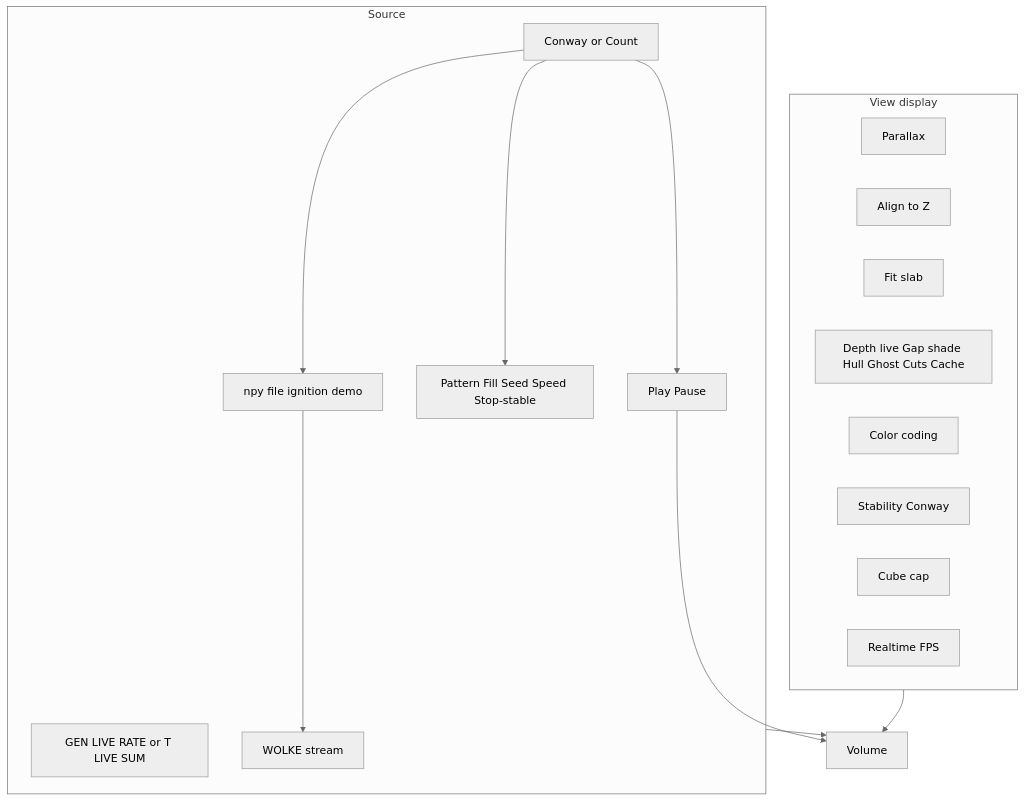
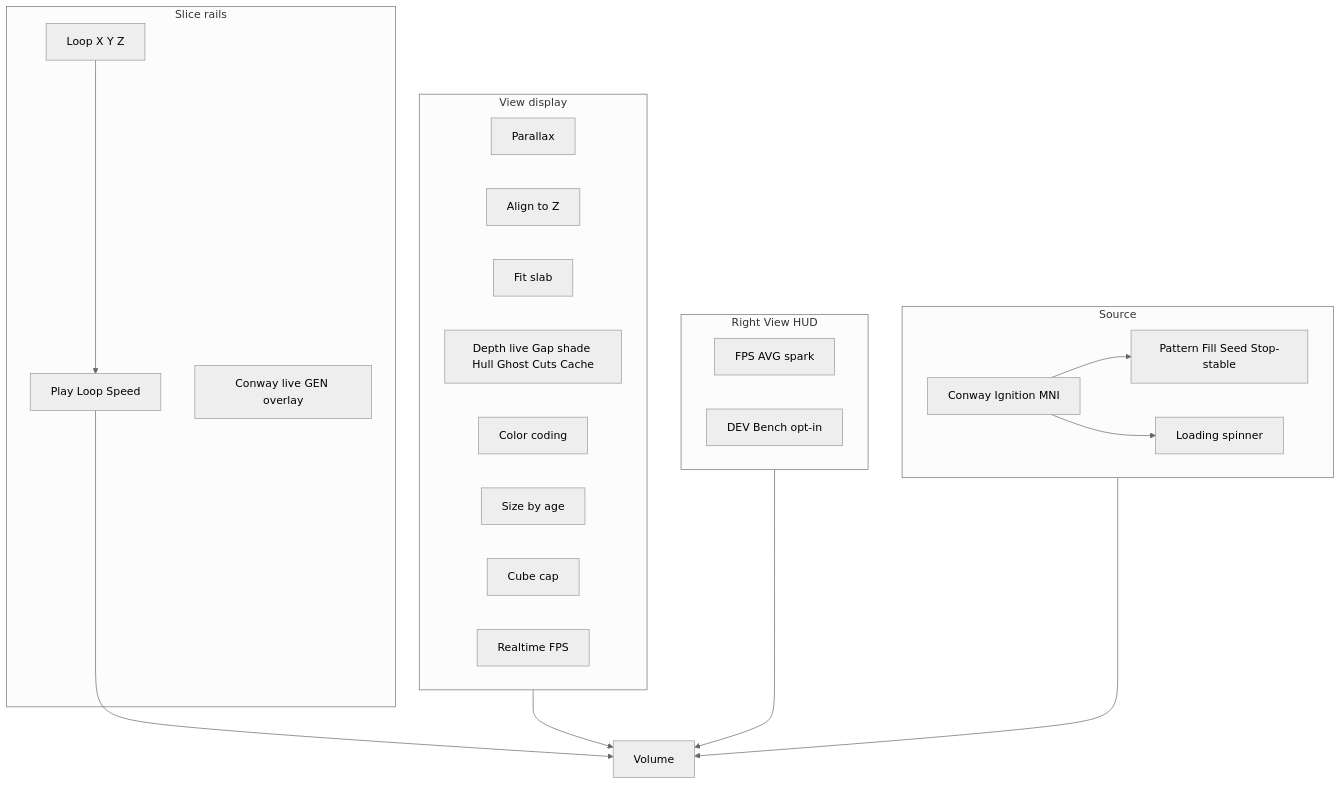
Before and after one commit to PiMaV/DONNER: the fourth of 15 diagrams in docs/gui.md, drawn with Mermaid (neutral theme). The commit also changed other lines of this file and 26 other files, not shown here.

Commit message:
Ship inspect loop as the highlighted plane and a growing hull, with Conway size-by-age and opt-in DEV Bench so the hot path stays off until asked.

````diff
--- a/docs/gui.md
+++ b/docs/gui.md
@@ -121,28 +127,34 @@
 ```mermaid
 flowchart TB
   subgraph view [View display]
     bird[Parallax]
     align[Align to Z]
     fit[Fit slab]
     win[Depth live Gap shade Hull Ghost Cuts Cache]
     color[Color coding]
-    stab[Stability Conway]
+    stab[Size by age]
     cap[Cube cap]
     fps[Realtime FPS]
   end
+  subgraph hud [Right View HUD]
+    telemetry[FPS AVG spark]
+    bench[DEV Bench opt-in]
+  end
   subgraph source [Source]
-    kind[Conway or Count]
-    play[Play Pause]
-    gen[GEN LIVE RATE or T LIVE SUM]
-    conway[Pattern Fill Seed Speed Stop-stable]
-    npy[npy file ignition demo]
-    stream[WOLKE stream]
+    kind[Conway Ignition MNI]
+    conway[Pattern Fill Seed Stop-stable]
+    load[Loading spinner]
+  end
+  subgraph rails [Slice rails]
+    play[Play Loop Speed]
+    axes[Loop X Y Z]
+    gen[Conway live GEN overlay]
   end
   view --> volume[Volume]
+  hud --> volume
   play --> volume
   source --> volume
-  kind --> play
   kind --> conway
-  kind --> npy
-  npy --> stream
+  kind --> load
+  axes --> play
 ```
````
